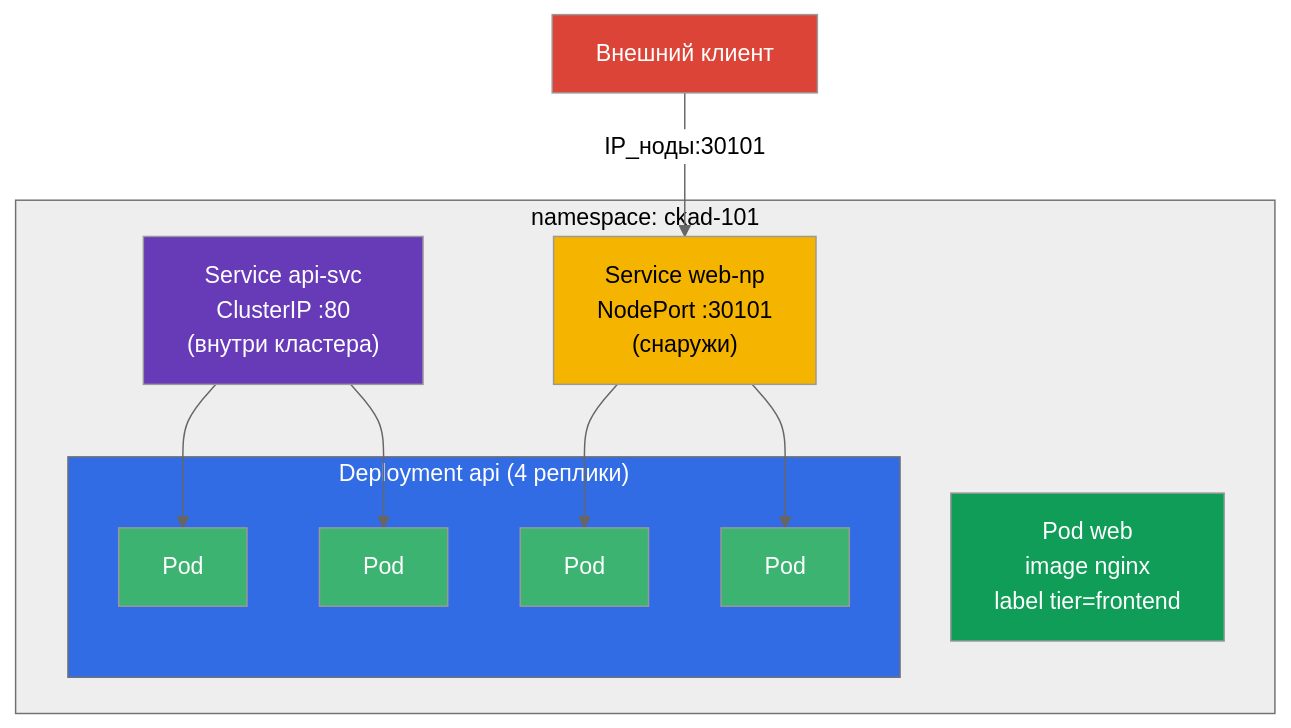
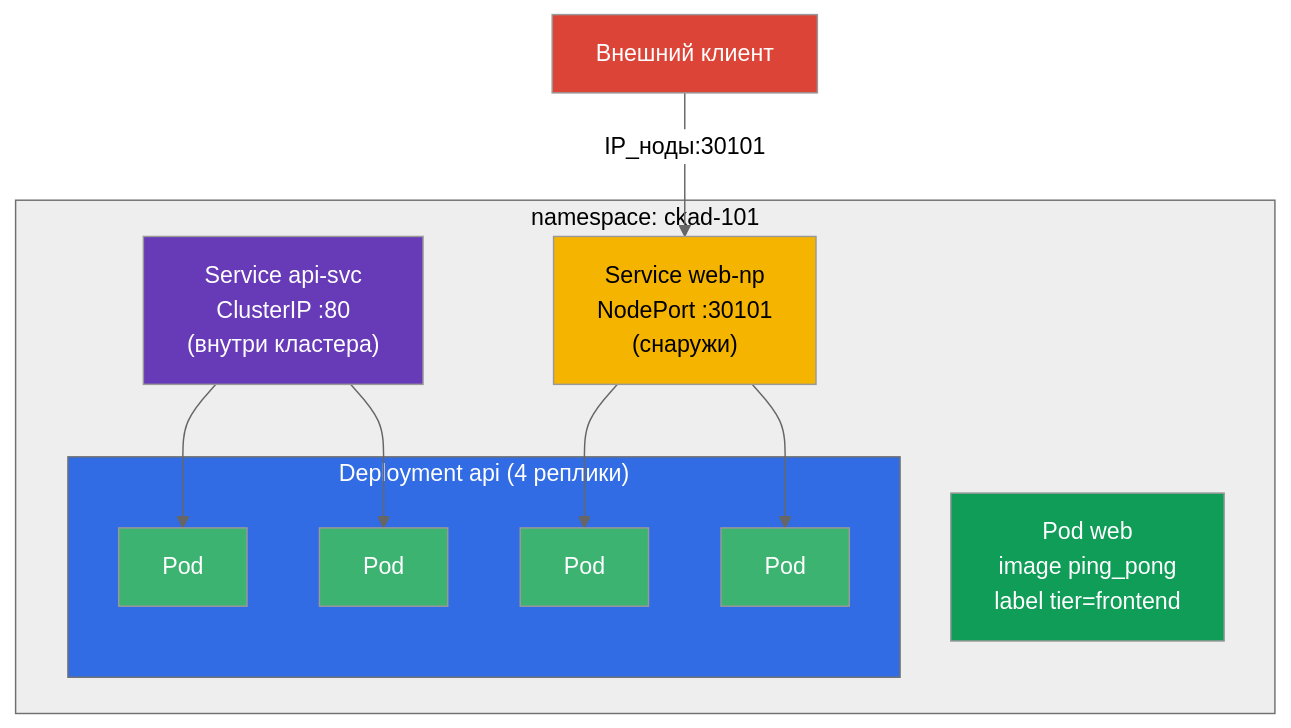
The diagram in tasks/cka/labs/101/README_RU.MD (ViktorUJ/cks), drawn with Mermaid (neutral theme) before and after one commit. The commit also changed other lines of this file and 31 other files, not shown here.

````diff
--- a/tasks/cka/labs/101/README_RU.MD
+++ b/tasks/cka/labs/101/README_RU.MD
@@ -43,29 +43,29 @@
 ```mermaid
 flowchart TB
     subgraph ns["namespace: ckad-101"]
-        web["Pod web<br>image nginx<br>label tier=frontend"]
+        web["Pod web<br>image ping_pong<br>label tier=frontend"]
         subgraph dep["Deployment api (4 реплики)"]
             p1["Pod"]
             p2["Pod"]
             p3["Pod"]
             p4["Pod"]
         end
         svc["Service api-svc<br>ClusterIP :80<br>(внутри кластера)"]
         np["Service web-np<br>NodePort :30101<br>(снаружи)"]
         svc --> p1
         svc --> p2
         np --> p3
         np --> p4
     end
     ext["Внешний клиент"] -->|"IP_ноды:30101"| np
     style ns fill:#eeeeee,color:#000
     style web fill:#0f9d58,color:#fff
     style dep fill:#326ce5,color:#fff
     style p1 fill:#3cb371,color:#fff
     style p2 fill:#3cb371,color:#fff
     style p3 fill:#3cb371,color:#fff
     style p4 fill:#3cb371,color:#fff
     style svc fill:#673ab7,color:#fff
     style np fill:#f4b400,color:#000
     style ext fill:#db4437,color:#fff
 ```
````
